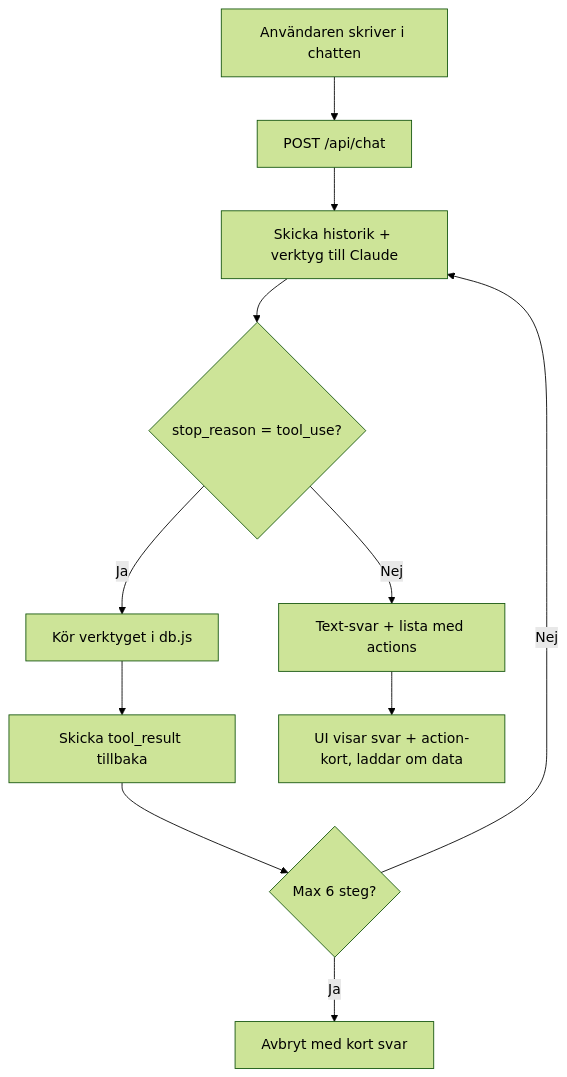
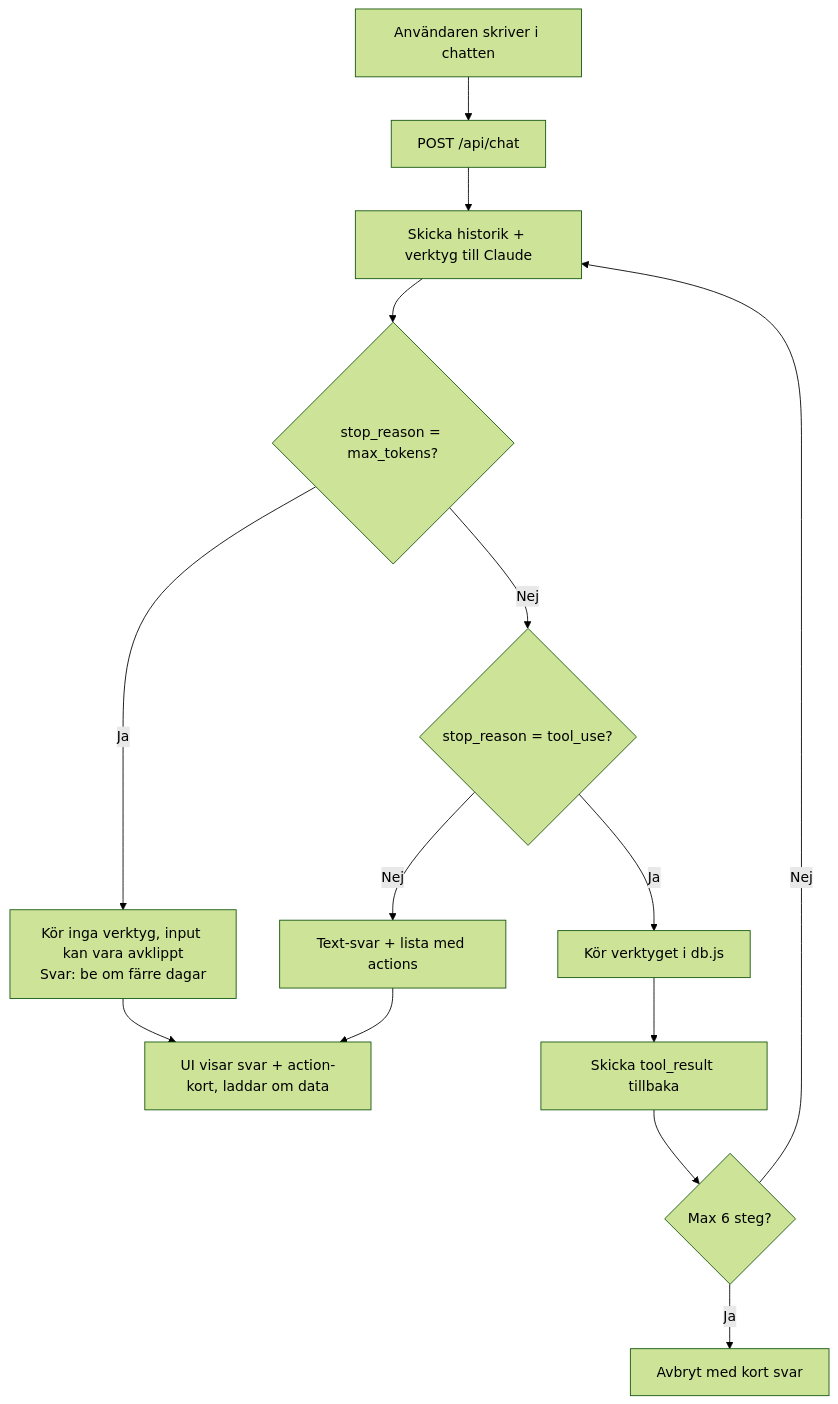
Before and after one commit to AJex-21/Dream-AI: the second of 2 diagrams in docs/arkitektur.md, drawn with Mermaid (forest theme). The commit also changed 1 other file, not shown here.

Commit message:
Docs: max_tokens-gren i agent-loopen + kvarstående tidsavvikelse i loggen
- docs/arkitektur.md: flödesschemat visar att avklippta svar (max_tokens)
  inte kör några verktyg och ger ett felmeddelande
- logg.md: "Kvarstår" – 2/8 gitarrsvar beskrev pass på 15–20 min i stället
  för begärda 20 min; möjlig promptregel noterad

````diff
--- a/docs/arkitektur.md
+++ b/docs/arkitektur.md
@@ -31,13 +31,16 @@
 ```mermaid
 flowchart TD
   A[Användaren skriver i chatten] --> B[POST /api/chat]
   B --> C[Skicka historik + verktyg till Claude]
-  C --> D{stop_reason = tool_use?}
+  C --> M{stop_reason = max_tokens?}
+  M -- Ja --> N["Kör inga verktyg, input kan vara avklippt<br>Svar: be om färre dagar"]
+  N --> J
+  M -- Nej --> D{stop_reason = tool_use?}
   D -- Ja --> E[Kör verktyget i db.js]
   E --> F[Skicka tool_result tillbaka]
   F --> G{Max 6 steg?}
   G -- Nej --> C
   G -- Ja --> H[Avbryt med kort svar]
   D -- Nej --> I[Text-svar + lista med actions]
   I --> J[UI visar svar + action-kort, laddar om data]
 ```
````
